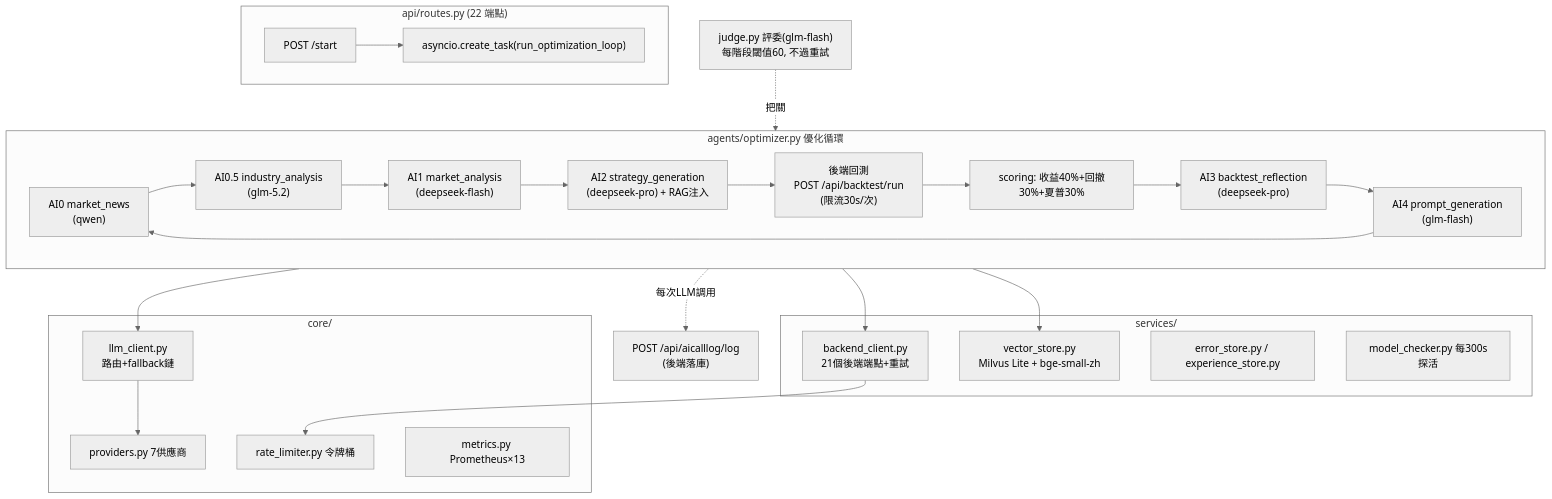
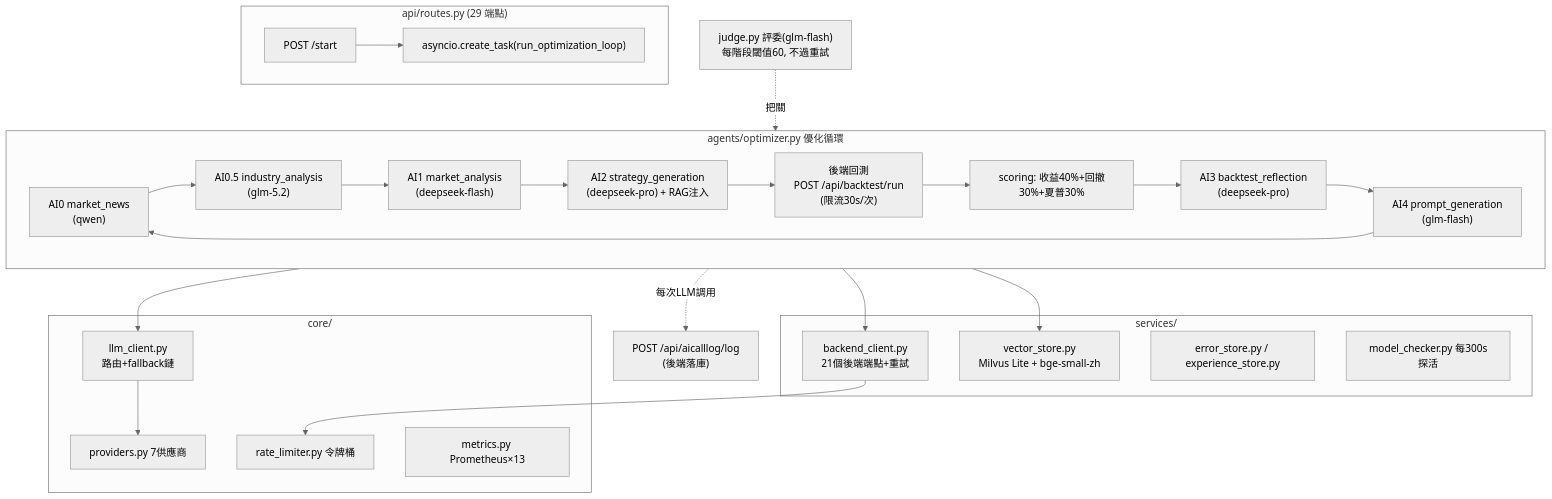
Before and after one commit to JackLiKa/TradingWorkstation: the first of 5 diagrams in docs/AGENT_SERVICE.md, drawn with Mermaid (neutral theme). The commit also changed other lines of this file and 8 other files, not shown here.

````diff
--- a/docs/AGENT_SERVICE.md
+++ b/docs/AGENT_SERVICE.md
@@ -11,30 +12,30 @@
 ```mermaid
 flowchart TD
-    subgraph API["api/routes.py (22 端點)"]
+    subgraph API["api/routes.py (29 端點)"]
         start["POST /start"] --> task["asyncio.create_task(run_optimization_loop)"]
     end
     subgraph LOOP["agents/optimizer.py 優化循環"]
         s0["AI0 market_news<br/>(qwen)"] --> s05["AI0.5 industry_analysis<br/>(glm-5.2)"]
         s05 --> s1["AI1 market_analysis<br/>(deepseek-flash)"]
         s1 --> s2["AI2 strategy_generation<br/>(deepseek-pro) + RAG注入"]
         s2 --> bt["後端回測<br/>POST /api/backtest/run<br/>(限流30s/次)"]
         bt --> sc["scoring: 收益40%+回撤30%+夏普30%"]
         sc --> s3["AI3 backtest_reflection<br/>(deepseek-pro)"]
         s3 --> s4["AI4 prompt_generation<br/>(glm-flash)"] --> s0
     end
     judge["judge.py 評委(glm-flash)<br/>每階段閾值60, 不過重試"] -.把關.-> LOOP
     subgraph CORE["core/"]
         llm["llm_client.py<br/>路由+fallback鏈"] --> prov["providers.py 7供應商"]
         rl["rate_limiter.py 令牌桶"]
         met["metrics.py Prometheus×13"]
     end
     subgraph SVC["services/"]
         bc["backend_client.py<br/>21個後端端點+重試"]
         vs["vector_store.py<br/>Milvus Lite + bge-small-zh"]
         es["error_store.py / experience_store.py"]
         mc["model_checker.py 每300s探活"]
     end
     LOOP --> llm & bc & vs
     bc --> rl
     LOOP -.每次LLM調用.-> ailog["POST /api/aicalllog/log<br/>(後端落庫)"]
 ```
````
